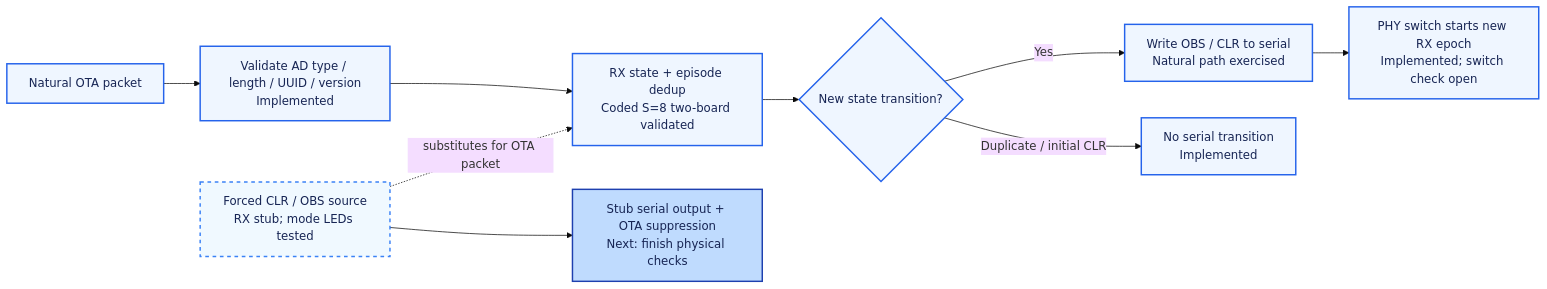
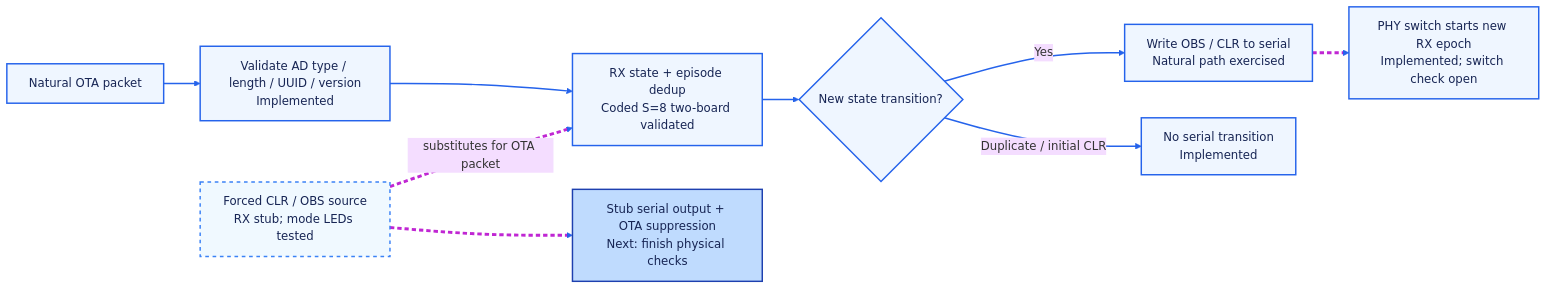
One commit to kirolossedra/RIS-Robotics changed the tenth of 21 diagrams in docs/architecture/system/progress.md. Above: the diagram before and after it, drawn with Mermaid (base theme). The commit also changed other lines of this file, not shown here.

````diff
--- a/docs/architecture/system/progress.md
+++ b/docs/architecture/system/progress.md
@@ -186,18 +225,20 @@
 ```mermaid
 flowchart LR
     OTA["Natural OTA packet"] --> FILTER["Validate AD type / length / UUID / version<br/>Implemented"] --> DEDUP["RX state + episode dedup<br/>Coded S=8 two-board validated"]
     STUB["Forced CLR / OBS source<br/>RX stub; mode LEDs tested"] -. "substitutes for OTA packet" .-> DEDUP
     DEDUP --> DECIDE{"New state transition?"}
     DECIDE -->|"Yes"| SERIAL["Write OBS / CLR to serial<br/>Natural path exercised"]
     DECIDE -->|"Duplicate / initial CLR"| QUIET["No serial transition<br/>Implemented"]
     STUB --> STUBCHECK["Stub serial output + OTA suppression<br/>Next: finish physical checks"]
     SERIAL --> PHY["PHY switch starts new RX epoch<br/>Implemented; switch check open"]
 
     classDef pass fill:#dbeafe,stroke:#1d4ed8,color:#172554,stroke-width:2px;
     classDef done fill:#eff6ff,stroke:#2563eb,color:#172554,stroke-width:2px;
     classDef stub fill:#f0f9ff,stroke:#3b82f6,color:#172554,stroke-width:2px,stroke-dasharray:5 5;
     classDef next fill:#bfdbfe,stroke:#1e40af,color:#172554,stroke-width:2px;
     class OTA,FILTER,DEDUP,DECIDE,SERIAL,QUIET,PHY done;
     class STUB stub;
     class STUBCHECK next;
+    linkStyle default stroke:#2563eb,stroke-width:2px;
+    linkStyle 2,6,7 stroke:#c026d3,stroke-width:4px,stroke-dasharray:6 4;
 ```
````
